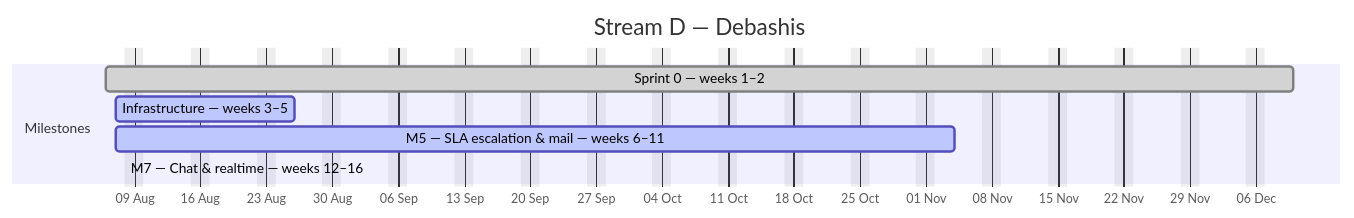
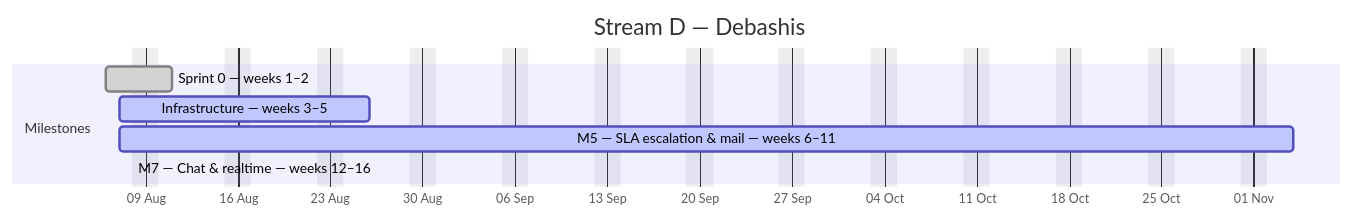
One commit to debashisedunext/EduTrack changed the fourth of 4 diagrams in docs/plan/GANTT.md. Above: the diagram before and after it, drawn with Mermaid. The commit also changed other lines of this file and 3 other files, not shown here.

````diff
--- a/docs/plan/GANTT.md
+++ b/docs/plan/GANTT.md
@@ -169,12 +169,12 @@
 ```mermaid
 gantt
     dateFormat YYYY-MM-DD
     axisFormat %d %b
     title Stream D — Debashis
     excludes weekends
     section Milestones
-    Sprint 0 — weeks 1–2 :done, d0, 2026-08-06, 90d
+    Sprint 0 — weeks 1–2 :done, d0, 2026-08-06, 3d
     Infrastructure — weeks 3–5 :active, d1, 2026-08-07, 13d
     M5 — SLA  escalation & mail — weeks 6–11 :active, d2, 2026-08-07, 63d
     M7 — Chat & realtime — weeks 12–16 :active, d3, 2026-08-08, -14d
 ```
````
